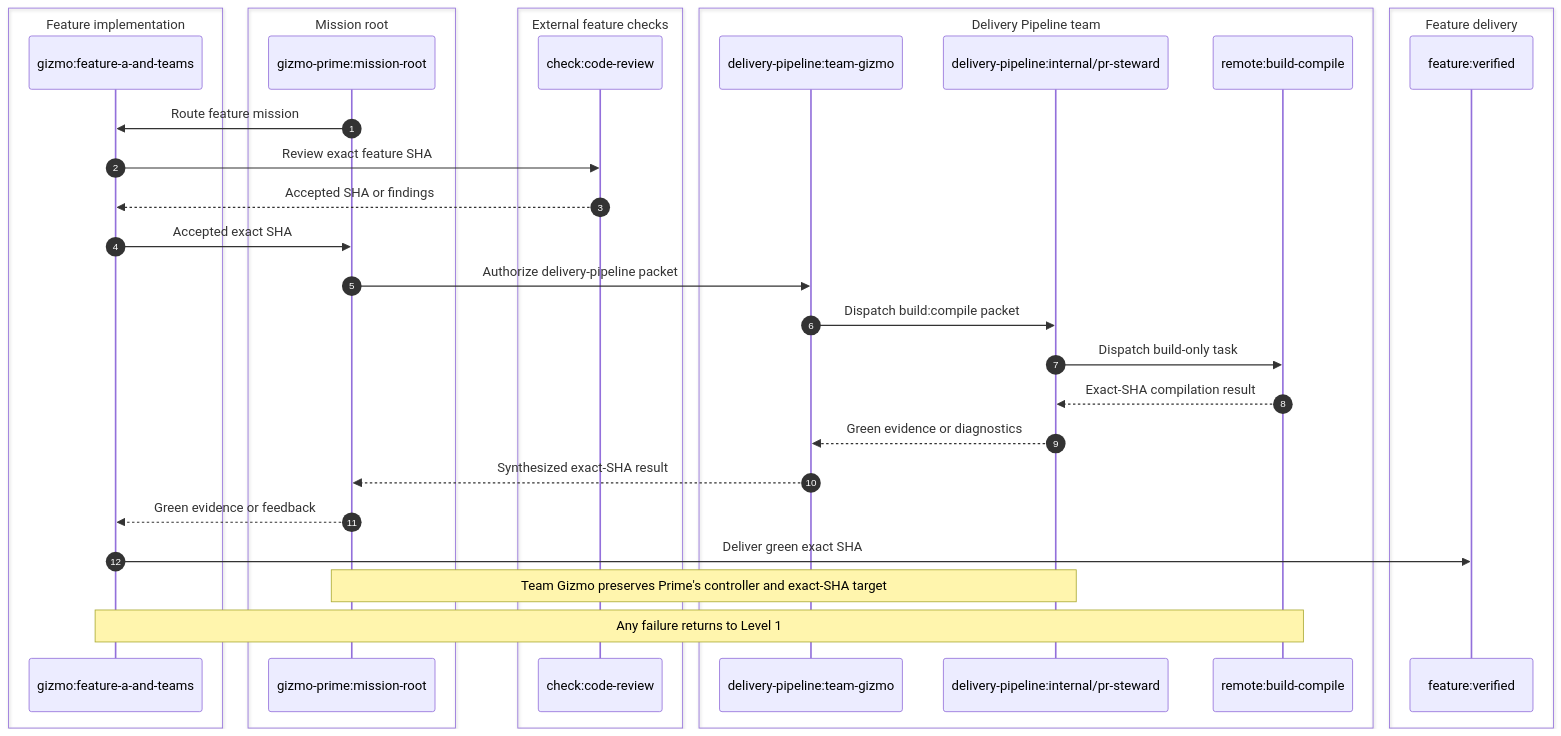
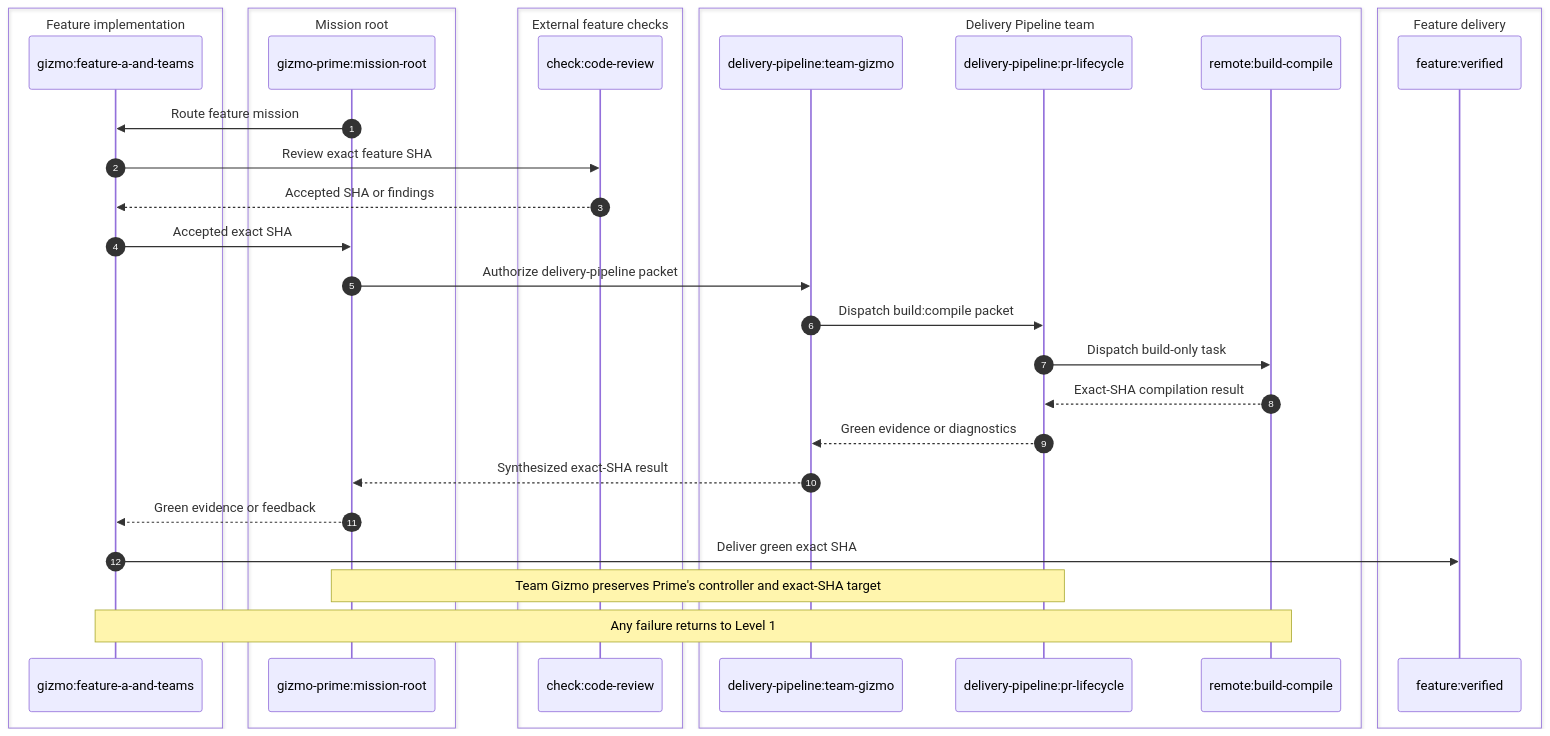
The sixth of 12 diagrams in .cortex/gizmo-prime/architecture/multiagent-delivery-diagrams.md (meta-secret/nook), drawn with Mermaid before and after one commit. The commit also changed other lines of this file and 45 other files, not shown here.

````diff
--- a/.cortex/gizmo-prime/architecture/multiagent-delivery-diagrams.md
+++ b/.cortex/gizmo-prime/architecture/multiagent-delivery-diagrams.md
@@ -203,42 +227,42 @@
 ```mermaid
 sequenceDiagram
     autonumber
 
     box Feature implementation
         participant Feature as gizmo:feature-a-and-teams
     end
 
     box Mission root
         participant Prime as gizmo-prime:mission-root
     end
 
     box External feature checks
         participant Review as check:code-review
     end
 
     box Delivery Pipeline team
         participant Pipeline as delivery-pipeline:team-gizmo
-        participant Steward as delivery-pipeline:internal/pr-steward
+        participant Steward as delivery-pipeline:pr-lifecycle
         participant Build as remote:build-compile
     end
 
     box Feature delivery
         participant Delivery as feature:verified
     end
 
     Prime->>Feature: Route feature mission
     Feature->>Review: Review exact feature SHA
     Review-->>Feature: Accepted SHA or findings
     Feature->>Prime: Accepted exact SHA
     Prime->>Pipeline: Authorize delivery-pipeline packet
     Pipeline->>Steward: Dispatch build:compile packet
     Steward->>Build: Dispatch build-only task
     Build-->>Steward: Exact-SHA compilation result
     Steward-->>Pipeline: Green evidence or diagnostics
     Pipeline-->>Prime: Synthesized exact-SHA result
     Prime-->>Feature: Green evidence or feedback
     Feature->>Delivery: Deliver green exact SHA
 
     Note over Prime,Steward: Team Gizmo preserves Prime's controller and exact-SHA target
     Note over Feature,Build: Any failure returns to Level 1
 ```
````
